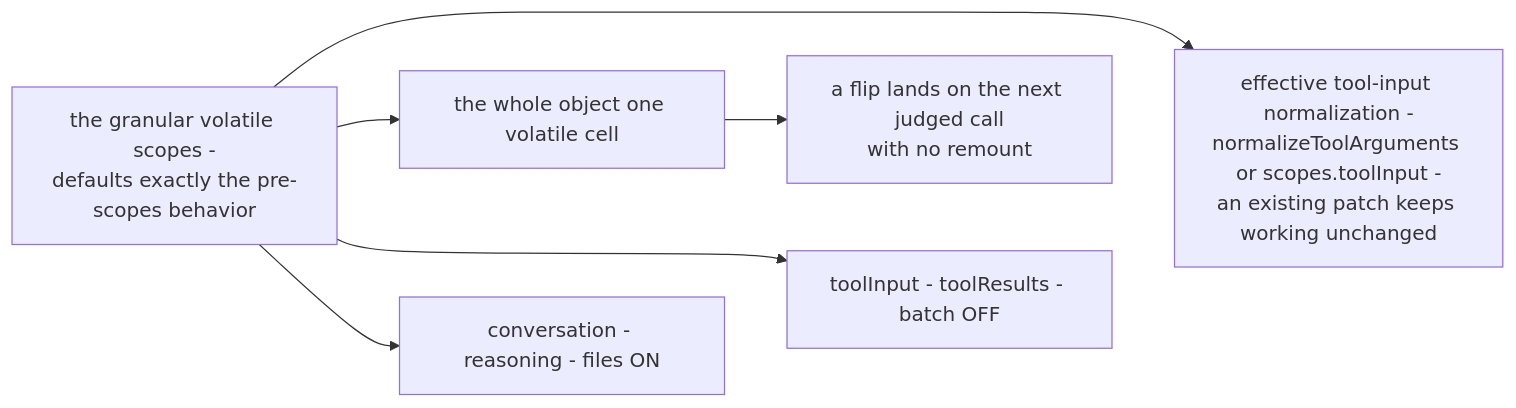
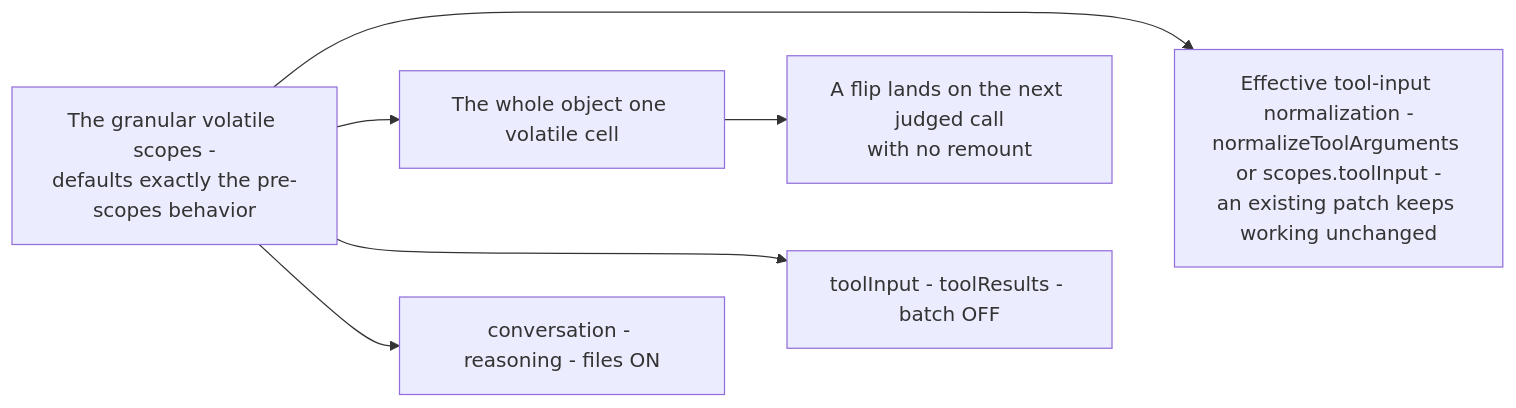
The diagram in Source/Content/Mermaid/setup-optional-scopes.mmd (PlayForm/Site-DeepSeek), drawn with Mermaid before and after one commit. The commit also changed 174 other files, not shown here.

```diff
--- a/Source/Content/Mermaid/setup-optional-scopes.mmd
+++ b/Source/Content/Mermaid/setup-optional-scopes.mmd
@@ -1,15 +1,15 @@
 flowchart LR
-	SCOPES["the granular volatile scopes -<br/>defaults exactly the pre-scopes behavior"]
+	SCOPES["The granular volatile scopes -<br/>defaults exactly the pre-scopes behavior"]
 	ON["conversation - reasoning - files ON"]
 	OFF["toolInput - toolResults - batch OFF"]
-	GATE["effective tool-input normalization -<br/>normalizeToolArguments or scopes.toolInput -<br/>an existing patch keeps working unchanged"]
-	CELL["the whole object one volatile cell"]
-	FLIP["a flip lands on the next judged call<br/>with no remount"]
+	GATE["Effective tool-input normalization -<br/>normalizeToolArguments or scopes.toolInput -<br/>an existing patch keeps working unchanged"]
+	CELL["The whole object one volatile cell"]
+	FLIP["A flip lands on the next judged call<br/>with no remount"]
 	SCOPES --> ON
 	SCOPES --> OFF
 	SCOPES --> GATE
 	SCOPES --> CELL
 	CELL --> FLIP
 	ON ~~~ OFF
 	OFF ~~~ GATE
 %% Invisible layout links only - no semantics.
```
